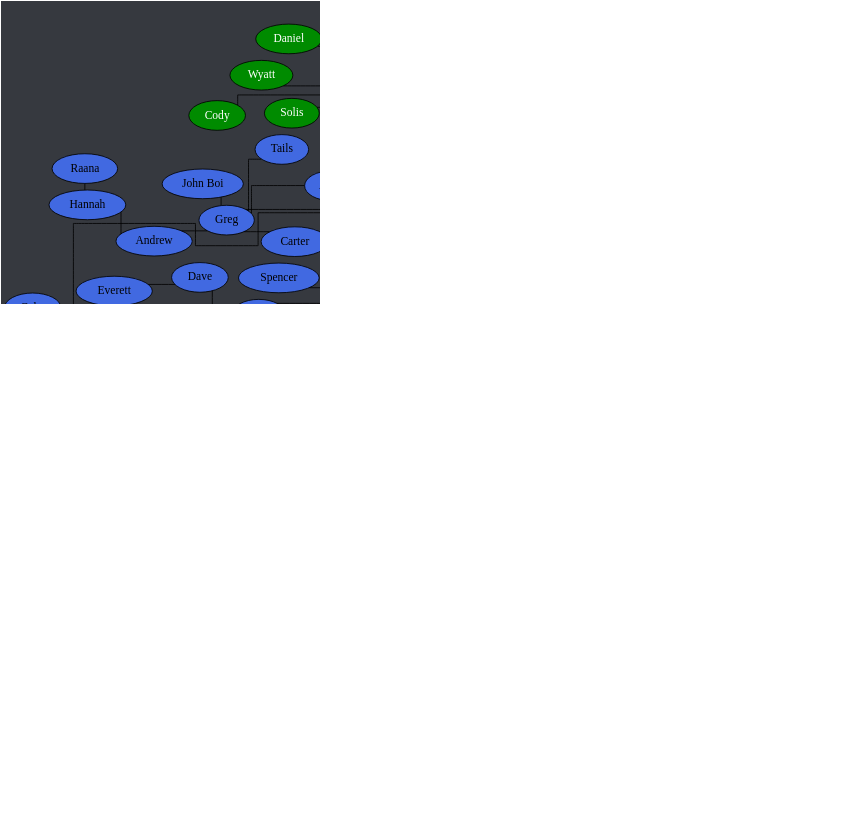
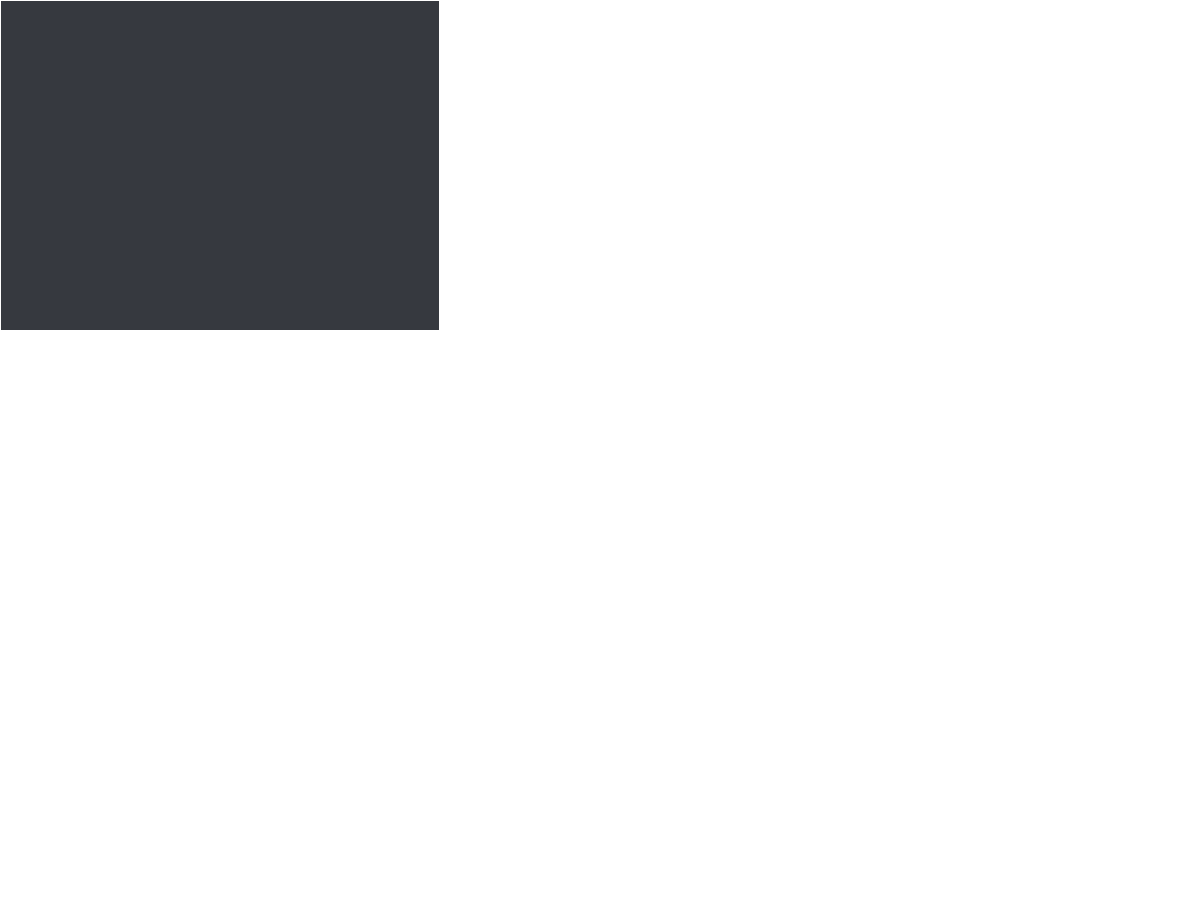
One commit to Documidas/CoronaCatzFamilyTree changed the diagram in tree.dot. Above: the diagram before and after it, drawn with Graphviz. The commit also changed 1 other file, not shown here.

Commit message:
Remove Kuri

```diff
--- a/tree.dot
+++ b/tree.dot
@@ -1,171 +1,173 @@
 strict graph {
 	// Layout Configuration
 	layout = neato;
 	dpi = 200;
 	epsilon = 0.01;
 	mode = major;
 	model = subset;
 	overlap = false;
 	splines = ortho;
 	start = rand;
 
 	// Visual Configuration
 	graph [ truecolor=true bgcolor="#36393f" ];
 	node [ style=filled fillcolor="gray" fontcolor="black" ];
 
 	subgraph "Joel" {
 		node [ style=filled fillcolor="firebrick4" fontcolor="white" ];
 		Joel [ style=filled fillcolor="gold" fontcolor="black" ];
 
 		Cayla -- "Ali.2";
 		Cayla -- Jonathan;
 		Cayla -- Kate;
 		Cayla -- Ranger;
 		Joel -- Anders;
 		Joel -- Cayla;
 		Joel -- Conner;
 		Joel -- Jared;
 		Joel -- Kat;
 		Joel -- Patrick;
 		Joel -- Steven;
 		Joel -- Zach;
 	}
 
 	subgraph "Anders" {
 		node [ style=filled fillcolor="green4" fontcolor="white" ];
 		// Anders [ style=filled fillcolor="green4" fontcolor="white" ];
 
 		Anders -- Chiara;
 		Anders -- Cody;
 		Anders -- Daniel;
 		Anders -- "Derek/Yaupon";
 		Anders -- DJ;
 		Anders -- Hahnur;
 		Anders -- Jen;
 		Anders -- Matt;
 		Anders -- Solis;
 		Anders -- Will;
 		Anders -- Wyatt;
 	}
 
 	subgraph "Jared" {
 		node [ style=filled fillcolor="royalblue" fontcolor="black" ];
 		// Jared [ style=filled fillcolor="royalblue" fontcolor="black" ];
 
 		Andrew -- Hannah;
 		Dave -- Everett;
 		Donnie -- Bryan;
 		Donnie -- Troy;
 		Greg -- "Ali.1";
 		Greg -- Andrew;
 		Greg -- Carter;
 		Greg -- "John Boi";
 		Greg -- Tails;
 		Hannah -- Raana;
 		Jared -- Brandi;
 		Jared -- Dave;
 		Jared -- Donnie;
 		Jared -- Fabi;
 		Jared -- "Jack.2";
 		Jared -- Cole;
 		Jared -- Kamon;
 		Jared -- Greg;
 		Jared -- Isabelle;
 		Jared -- Mason;
 		Jared -- Matt;
 		Jared -- Mehmet;
 		Jared -- Nam;
 		Jared -- Shannon;
 		Jared -- Spencer;
 		Jared -- Tyler;
 		Jared -- "Zach/Laniakea";
 		Jared -- "Zöe";
 		Troy -- Drake;
 		Tyler -- Gaby;
 		"Zöe" -- Jasper;
 	}
 
 	subgraph "Zach/Laniakea" {
 		node [ style=filled fillcolor="#4eff2c" fontcolor="black" ];
 		// "Zach/Laniakea" [ style=filled fillcolor="#4eff2c" fontcolor="black" ];
 
 		"Caio.2" -- "Kyle.1";
 		"Caio.2" -- Lucas;
 		"Zach/Laniakea" -- Allen;
 		"Zach/Laniakea" -- "Caio.2";
 		"Zach/Laniakea" -- Colin;
 		"Zach/Laniakea" -- John;
 		"Zach/Laniakea" -- Logan;
 		"Zach/Laniakea" -- Kevin;
 		"Zach/Laniakea" -- "Kyle.0";
 		"Zach/Laniakea" -- Mike;
 		"Zach/Laniakea" -- "Ryan.1";
 	}
 
 	subgraph "John" {
 		node [ style=filled fillcolor="#c89b3c" fontcolor="black" ];
 		// John [ style=filled fillcolor="#c89b3c" fontcolor="black" ];
 
 		Haber -- "Derek/Nomad";
 		John -- Anna;
 		John -- Emily;
 		John -- Haber;
 		John -- Jay;
 		John -- Jack;
 		John -- Lara;
 		John -- Monarch;
 		John -- "Oliger/Leanza";
 		John -- Thomas;
 	}
 
 	subgraph "John-stream" {
 		// node [ style=filled fillcolor="#9147ff" fontcolor="black" ];
 		node [ style=filled fillcolor="#c89b3c" fontcolor="black" ];
 
 		John -- "Michael/Wheezy";
 	}
 
 	subgraph "Thomas" {
 		node [ style=filled fillcolor="#b04900" fontcolor="black" ];
 		// Thomas [ style=filled fillcolor="#b04900" fontcolor="black" ];
 
 		Thomas -- Alex;
 		Thomas -- Bob;
 		Thomas -- JD;
 		Thomas -- Josh;
 		Thomas -- Juan;
 		Thomas -- Taylor;
 		Thomas -- Tony;
 		Thomas -- "Travis.1";
 		Thomas -- "Travis.2";
 		Tony -- GT;
 	}
 
 	subgraph "Alex" {
 		node [ style=filled fillcolor="#6f2da8" fontcolor="white" ];
 		// Alex [ style=filled fillcolor="#6f2da8" fontcolor="black" ];
 
 		Alex -- "Alex/Blitt";
 		Alex -- "Da'Von";
 		Alex -- Sam;
 		"Alex/Blitt" -- Alan;
 		"Alex/Blitt" -- "Alex the 3rd";
 		"Alex/Blitt" -- Brian;
 		"Alex/Blitt" -- Carlos;
 		"Alex/Blitt" -- Chris;
 		"Alex/Blitt" -- Frank;
 		"Alex/Blitt" -- Gabriel;
 		"Alex/Blitt" -- "Kyle.3";
 		"Alex/Blitt" -- Laske;
 		"Alex/Blitt" -- "Ryan.2";
 		"Alex/Blitt" -- "Sam.2";
 		"Da'Von" -- Dalton;
 		"Da'Von" -- Dalyn;
-		"Da'Von" -- Kuri;
+		"Da'Von" -- Drew;
+		"Da'Von" -- Jon;
+		"Da'Von" -- Karma;
 		"Da'Von" -- Zeller;
 		Dalton -- Graysen;
 		Kuri -- Drew;
 		Kuri -- Jon;
 		Kuri -- Karma;
 	}
 }
```
